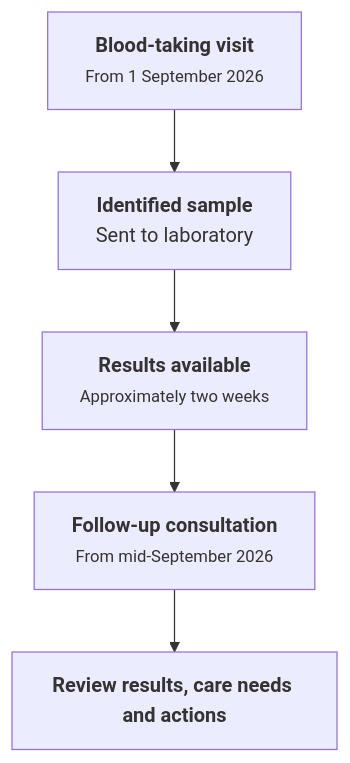
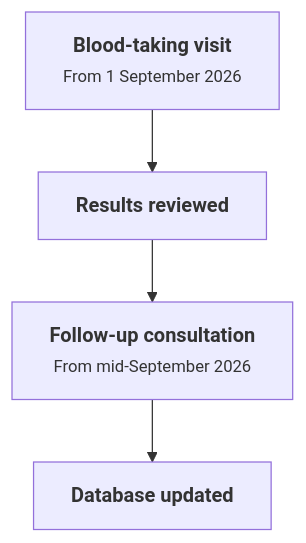
One commit to sh-publichealth/info-hub changed the diagram in site/our-work/registry/registry-implementation-plan.qmd. Above: the diagram before and after it, drawn with Mermaid. The commit also changed other lines of this file and 7 other files, not shown here.

````diff
--- a/site/our-work/registry/registry-implementation-plan.qmd
+++ b/site/our-work/registry/registry-implementation-plan.qmd
@@ -20,10 +27,9 @@
 ```{mermaid}
 flowchart TB
   A["<b>Blood-taking visit</b><br/><small>From 1 September 2026</small>"]
-  B["<b>Identified sample</b><br/>Sent to laboratory"]
-  C["<b>Results available</b><br/><small>Approximately two weeks</small>"]
-  D["<b>Follow-up consultation</b><br/><small>From mid-September 2026</small>"]
-  E["<b>Review results, care needs and actions</b>"]
+  B["<b>Results reviewed</b><br/>"]
+  C["<b>Follow-up consultation</b><br/><small>From mid-September 2026</small>"]
+  D["<b>Database updated</b>"]
 
-  A --> B --> C --> D --> E
+  A --> B --> C --> D
 ```
````
